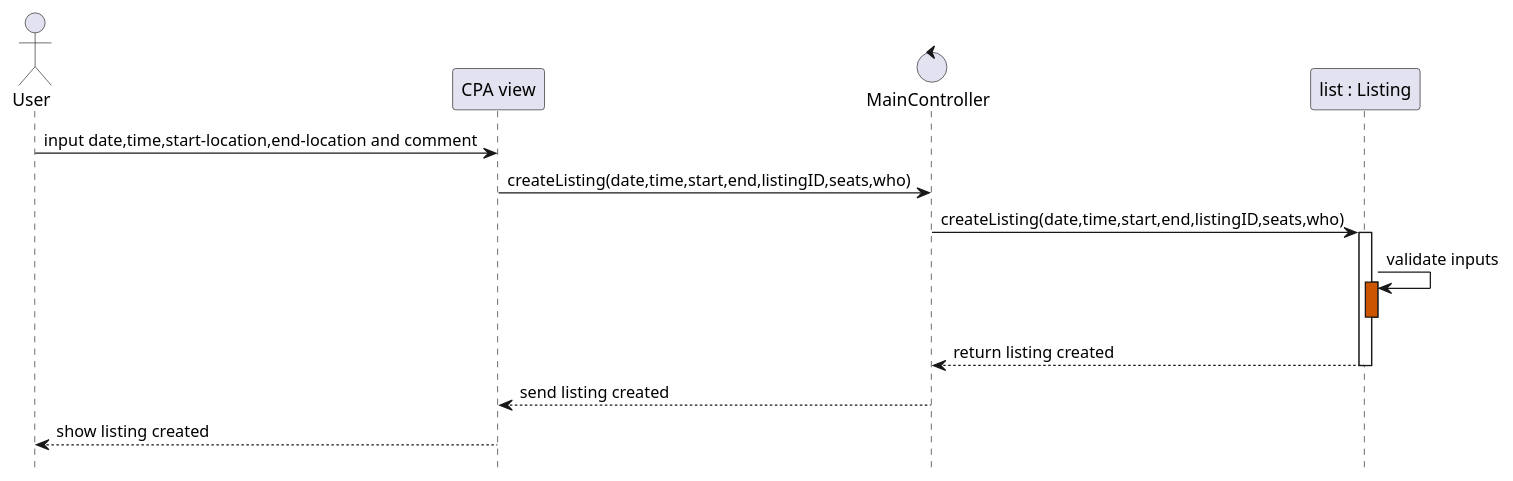
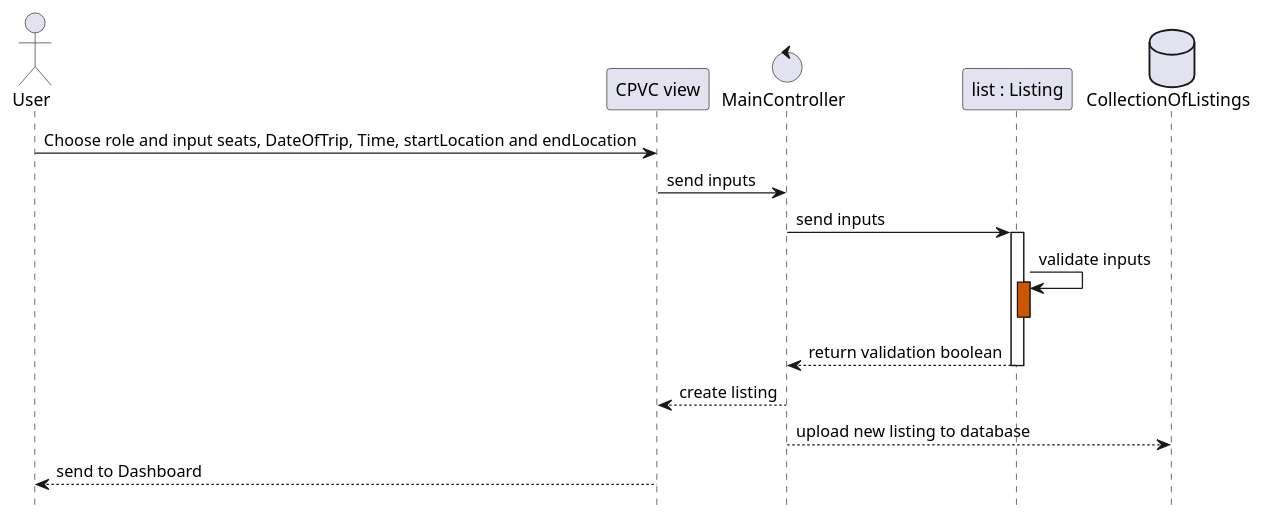
Before and after one commit to PriyaMulla/Carpool-Connect-VC: the third of 7 diagrams in intellij/doc/design.md, drawn with PlantUML. The commit also changed other lines of this file and 7 other files, not shown here.

````diff
--- a/intellij/doc/design.md
+++ b/intellij/doc/design.md
@@ -95,28 +96,30 @@
 ```plantuml
 @startuml
 hide footbox
 
 'ACTORS
 actor "User" as user
-participant "CPA view" as system
+participant "CPVC view" as system
 control "MainController" as controller
 participant "list : Listing" as listing
+database "CollectionOfListings" as ldatabase
 
 'ACTIONS
-user -> system : input date,time,start-location,end-location and comment
-system -> controller : createListing(date,time,start,end,listingID,seats,who)
-controller -> listing : createListing(date,time,start,end,listingID,seats,who)
+user -> system : Choose role and input seats, DateOfTrip, Time, startLocation and endLocation
+system -> controller : send inputs
+controller -> listing : send inputs
 
 activate listing
 
 listing -> listing : validate inputs
 activate listing #CC5500
 
 deactivate listing
-listing --> controller : return listing created
+listing --> controller : return validation boolean
 deactivate listing
 
-controller --> system : send listing created
-system --> user : show listing created
+controller --> system : create listing
+controller --> ldatabase : upload new listing to database
+system --> user : send to Dashboard
 @enduml
 ```
````
